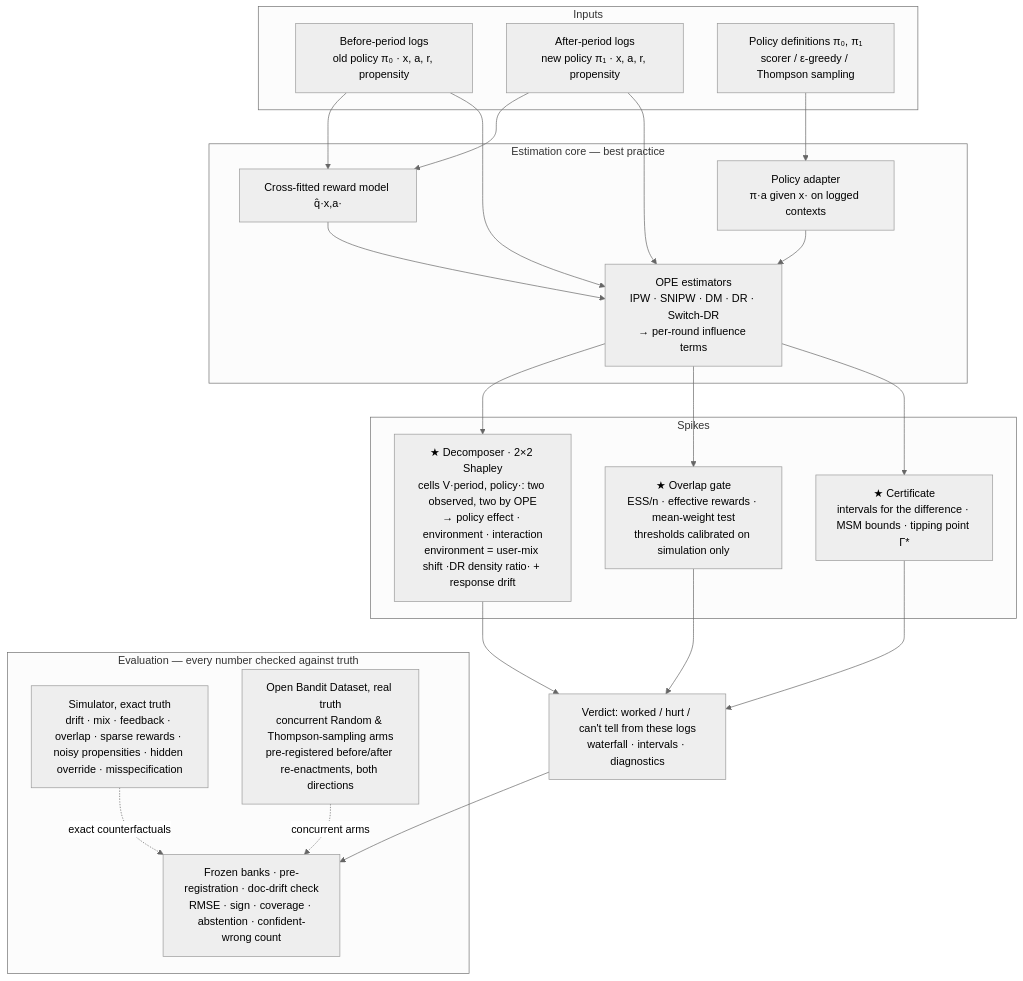
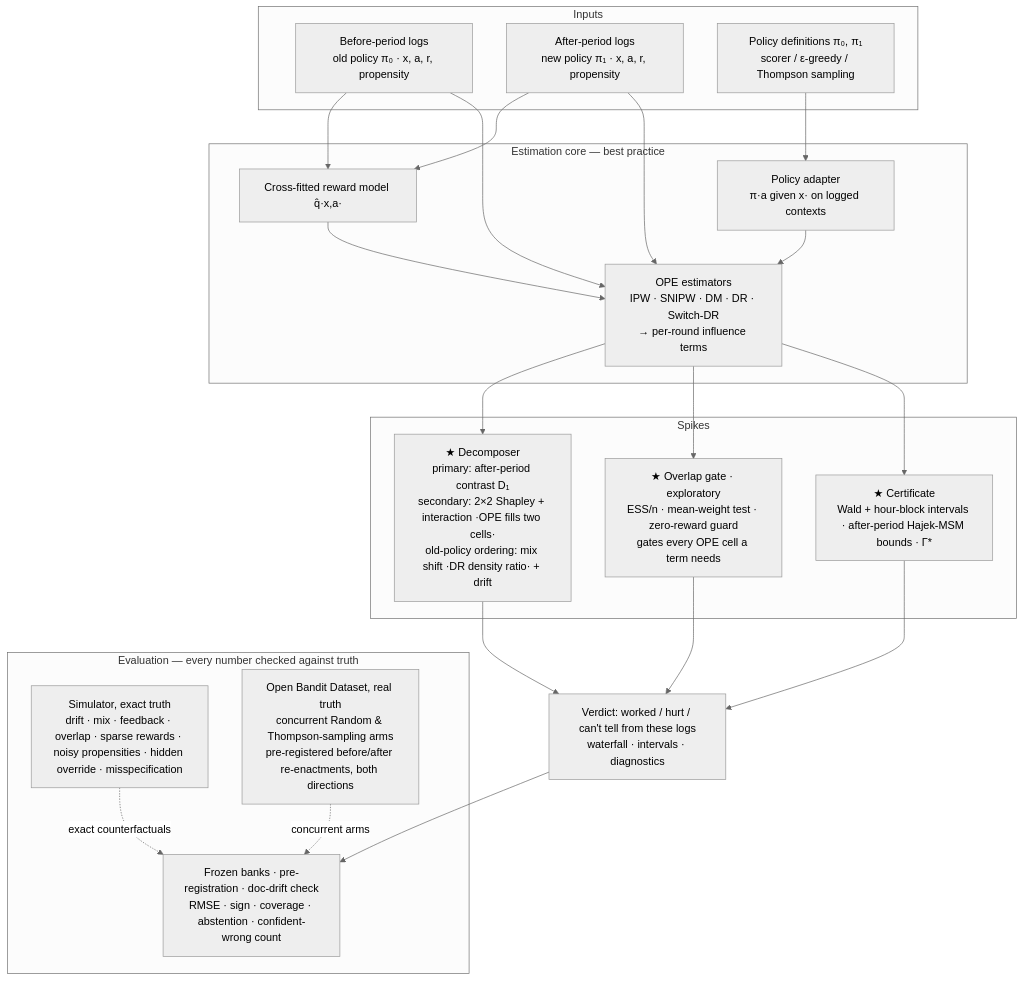
The diagram in perceptron-p03-off-policy-eval/deliverables/architecture.md (imdigitalashish/techfest-2026), drawn with Mermaid (neutral theme) before and after one commit. The commit also changed other lines of this file and 8 other files, not shown here.

Commit message:
perceptron-p03-off-policy-eval: abstract v3 per reviews (estimands separated, approximate-target wording, gate endpoints, held-out gate result, units, 890 words), architecture estimands, block bootstrap + DM refit (post hoc), dispositions

````diff
--- a/perceptron-p03-off-policy-eval/deliverables/architecture.md
+++ b/perceptron-p03-off-policy-eval/deliverables/architecture.md
@@ -3,33 +3,33 @@
 ```mermaid
 flowchart TB
   subgraph IN[Inputs]
     L0[Before-period logs<br/>old policy π₀ · x, a, r, propensity]
     L1[After-period logs<br/>new policy π₁ · x, a, r, propensity]
     P[Policy definitions π₀, π₁<br/>scorer / ε-greedy / Thompson sampling]
   end
   subgraph CORE[Estimation core — best practice]
     PA[Policy adapter<br/>π·a given x· on logged contexts]
     RM[Cross-fitted reward model q̂·x,a·]
     EST[OPE estimators<br/>IPW · SNIPW · DM · DR · Switch-DR<br/>→ per-round influence terms]
   end
   subgraph SPIKE[Spikes]
-    DEC[★ Decomposer · 2×2 Shapley<br/>cells V·period, policy·: two observed, two by OPE<br/>→ policy effect · environment · interaction<br/>environment = user-mix shift ·DR density ratio· + response drift]
-    GATE[★ Overlap gate<br/>ESS/n · effective rewards · mean-weight test<br/>thresholds calibrated on simulation only]
-    CERT[★ Certificate<br/>intervals for the difference · MSM bounds · tipping point Γ*]
+    DEC[★ Decomposer<br/>primary: after-period contrast D₁<br/>secondary: 2×2 Shapley + interaction ·OPE fills two cells·<br/>old-policy ordering: mix shift ·DR density ratio· + drift]
+    GATE[★ Overlap gate · exploratory<br/>ESS/n · mean-weight test · zero-reward guard<br/>gates every OPE cell a term needs]
+    CERT[★ Certificate<br/>Wald + hour-block intervals · after-period Hajek-MSM bounds · Γ*]
   end
   REP[Verdict: worked / hurt / can't tell from these logs<br/>waterfall · intervals · diagnostics]
   subgraph EVAL[Evaluation — every number checked against truth]
     SIM[Simulator, exact truth<br/>drift · mix · feedback · overlap · sparse rewards · noisy propensities · hidden override · misspecification]
     OBD[Open Bandit Dataset, real truth<br/>concurrent Random & Thompson-sampling arms<br/>pre-registered before/after re-enactments, both directions]
     CHK[Frozen banks · pre-registration · doc-drift check<br/>RMSE · sign · coverage · abstention · confident-wrong count]
   end
   L0 & L1 --> RM & EST
   P --> PA --> EST
   RM --> EST
   EST --> DEC & GATE & CERT
   GATE --> REP
   DEC & CERT --> REP
   SIM -. exact counterfactuals .-> CHK
   OBD -. concurrent arms .-> CHK
   REP --> CHK
 ```
````
